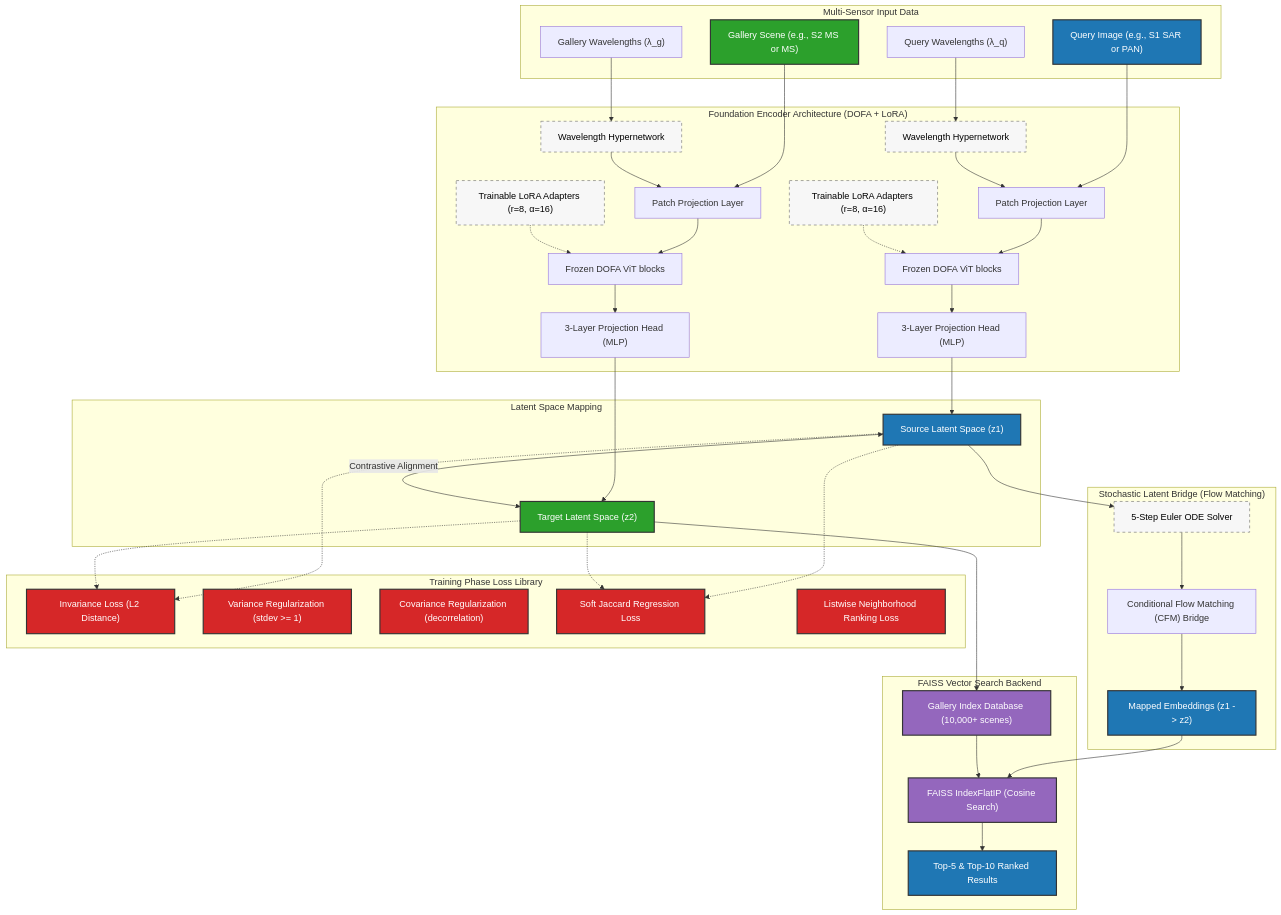
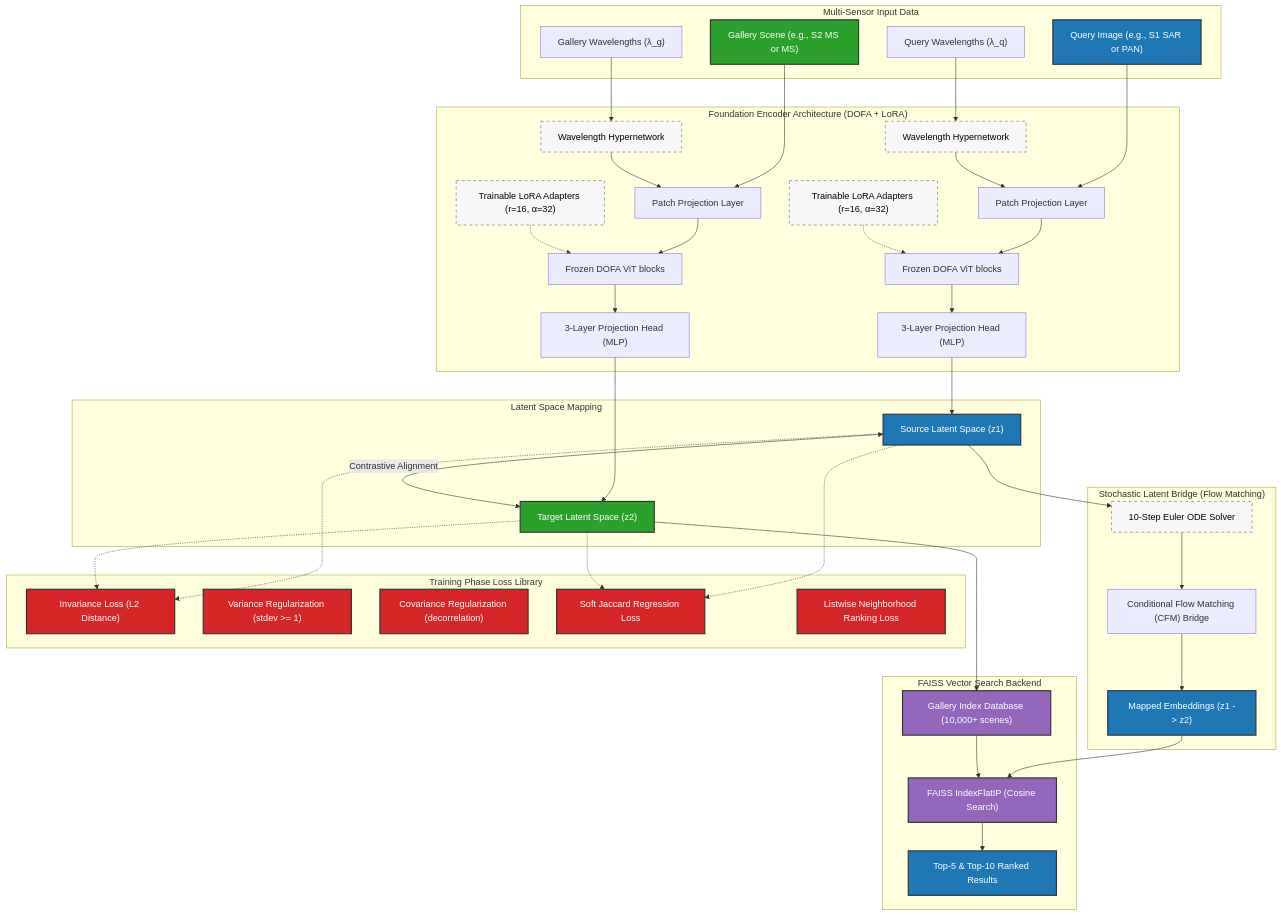
Before and after one commit to SK8-infi/SABER: the diagram in README.md, drawn with Mermaid. The commit also changed other lines of this file, not shown here.

Commit message:
docs: update LoRA rank to r=16, alpha=32 and ODE solver to 10-step Euler in README.md

```diff
--- a/README.md
+++ b/README.md
@@ -39,8 +39,8 @@
         Proj_G["Patch Projection Layer"]
         ViT_Q["Frozen DOFA ViT blocks"]
         ViT_G["Frozen DOFA ViT blocks"]
-        LoRA_Q["Trainable LoRA Adapters (r=8, α=16)"]:::process
-        LoRA_G["Trainable LoRA Adapters (r=8, α=16)"]:::process
+        LoRA_Q["Trainable LoRA Adapters (r=16, α=32)"]:::process
+        LoRA_G["Trainable LoRA Adapters (r=16, α=32)"]:::process
         ProjHead_Q["3-Layer Projection Head (MLP)"]
         ProjHead_G["3-Layer Projection Head (MLP)"]
     end
@@ -52,7 +52,7 @@
 
     subgraph Alignment ["Stochastic Latent Bridge (Flow Matching)"]
         CFM["Conditional Flow Matching (CFM) Bridge"]
-        Euler["5-Step Euler ODE Solver"]:::process
+        Euler["10-Step Euler ODE Solver"]:::process
         Z1_to_Z2["Mapped Embeddings (z1 -> z2)"]:::query
     end
 
```
